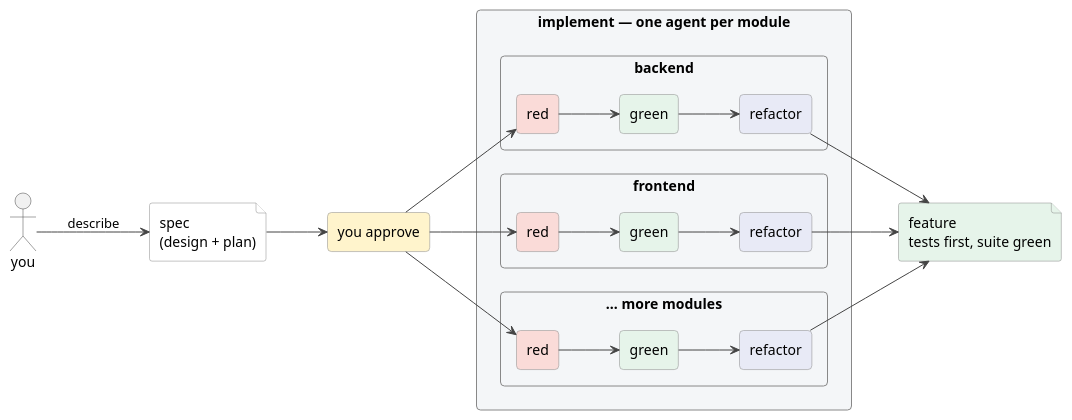
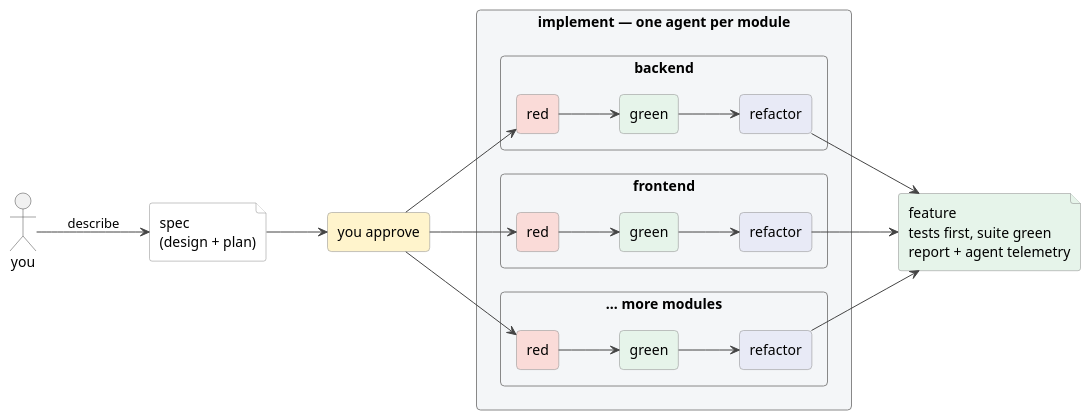
The diagram in docs/diagrams/hero.puml (ds-usova/tdd-sdlc), drawn with PlantUML before and after one commit. The commit also changed 23 other files, not shown here.

Commit message:
Update agent's telemetry report

```diff
--- a/docs/diagrams/hero.puml
+++ b/docs/diagrams/hero.puml
@@ -1,57 +1,57 @@
 @startuml hero
 skinparam defaultFontName Helvetica
 skinparam shadowing false
 skinparam ArrowColor #444
 skinparam rectangle {
   BackgroundColor #F4F6F8
   BorderColor #888
   RoundCorner 8
 }
 skinparam file {
   BackgroundColor #FFFFFF
   BorderColor #888
 }
 skinparam actor {
   BorderColor #444
 }
 left to right direction
 
 actor "you" as U
 file "spec\n(design + plan)" as S
 rectangle "you approve" as A #FFF4CC
 
 rectangle "implement — one agent per module" as I {
   rectangle "backend" as B {
     rectangle "red" as BR #FADBD8
     rectangle "green" as BG #E6F4EA
     rectangle "refactor" as BF #E8EAF6
     BR -->BG
     BG -->BF
   }
   rectangle "frontend" as F {
     rectangle "red" as FR #FADBD8
     rectangle "green" as FG #E6F4EA
     rectangle "refactor" as FF #E8EAF6
     FR -->FG
     FG -->FF
   }
   rectangle "… more modules" as M {
     rectangle "red" as MR #FADBD8
     rectangle "green" as MG #E6F4EA
     rectangle "refactor" as MF #E8EAF6
     MR -->MG
     MG -->MF
   }
 }
 
-file "feature\ntests first, suite green" as R #E6F4EA
+file "feature\ntests first, suite green\nreport + agent telemetry" as R #E6F4EA
 
 U --> S : describe
 S --> A
 A --> BR
 A --> FR
 A --> MR
 BF --> R
 FF --> R
 MF --> R
 @enduml
```
